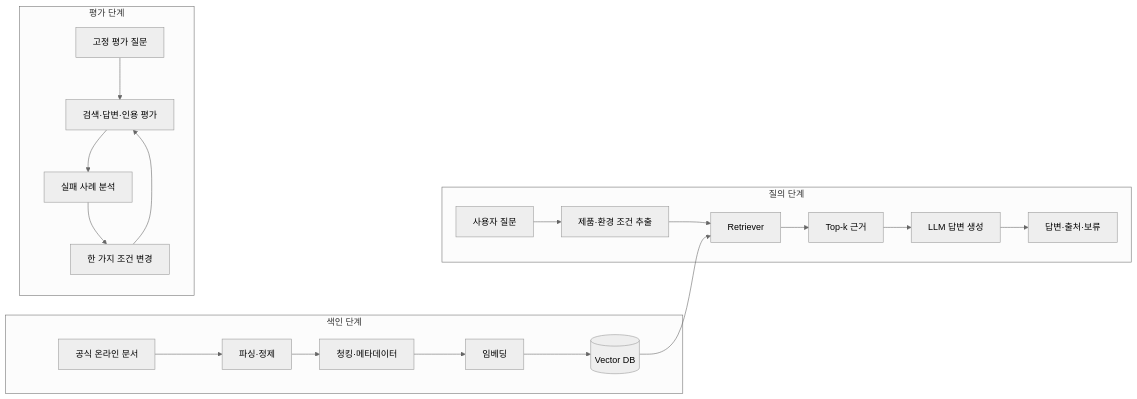
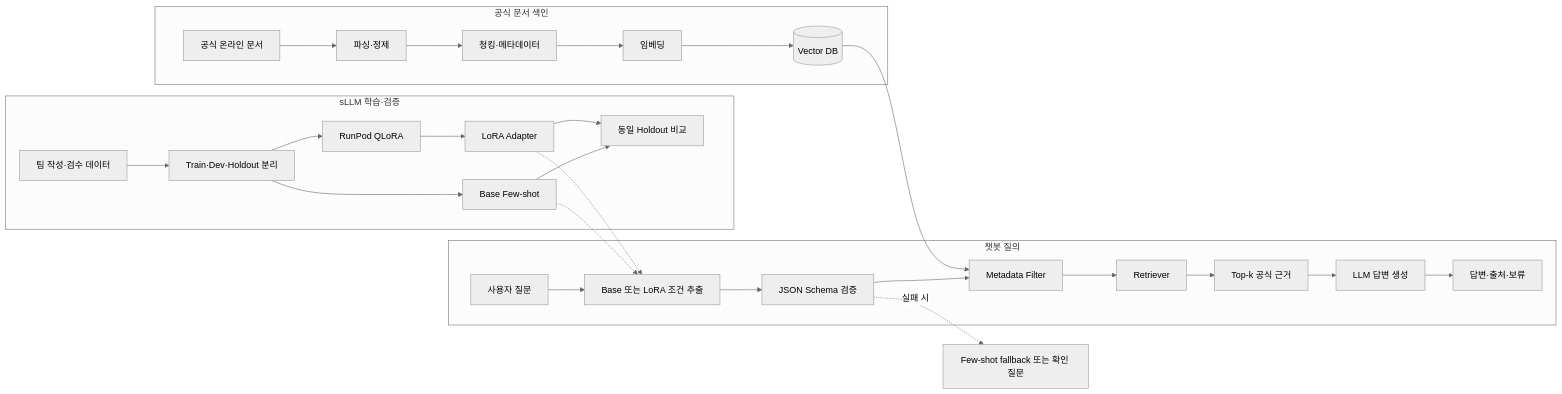
Before and after one commit to skn-33-Raspberry-Pi-Assistant/.github: the diagram in profile/README.md, drawn with Mermaid (neutral theme). The commit also changed other lines of this file and 2 other files, not shown here.

Commit message:
docs: focus phase one on RAG chatbot and QLoRA

````diff
--- a/profile/README.md
+++ b/profile/README.md
@@ -88,25 +98,33 @@
 ```mermaid
 flowchart LR
-    subgraph INDEX[색인 단계]
+    subgraph INDEX[공식 문서 색인]
         A[공식 온라인 문서] --> B[파싱·정제]
         B --> C[청킹·메타데이터]
         C --> D[임베딩]
         D --> E[(Vector DB)]
     end
 
-    subgraph QUERY[질의 단계]
-        F[사용자 질문] --> G[제품·환경 조건 추출]
-        G --> H[Retriever]
-        E --> H
-        H --> I[Top-k 근거]
-        I --> J[LLM 답변 생성]
-        J --> K[답변·출처·보류]
+    subgraph TRAIN[sLLM 학습·검증]
+        T1[팀 작성·검수 데이터] --> T2[Train·Dev·Holdout 분리]
+        T2 --> T3[Base Few-shot]
+        T2 --> T4[RunPod QLoRA]
+        T4 --> T5[LoRA Adapter]
+        T3 --> T6[동일 Holdout 비교]
+        T5 --> T6
     end
 
-    subgraph EVAL[평가 단계]
-        L[고정 평가 질문] --> M[검색·답변·인용 평가]
-        M --> N[실패 사례 분석]
-        N --> O[한 가지 조건 변경]
-        O --> M
+    subgraph QUERY[챗봇 질의]
+        Q1[사용자 질문] --> Q2[Base 또는 LoRA 조건 추출]
+        T3 -.-> Q2
+        T5 -.-> Q2
+        Q2 --> Q3[JSON Schema 검증]
+        Q3 --> Q4[Metadata Filter]
+        E --> Q4
+        Q4 --> Q5[Retriever]
+        Q5 --> Q6[Top-k 공식 근거]
+        Q6 --> Q7[LLM 답변 생성]
+        Q7 --> Q8[답변·출처·보류]
     end
+
+    Q3 -. 실패 시 .-> Q9[Few-shot fallback 또는 확인 질문]
 ```
````
